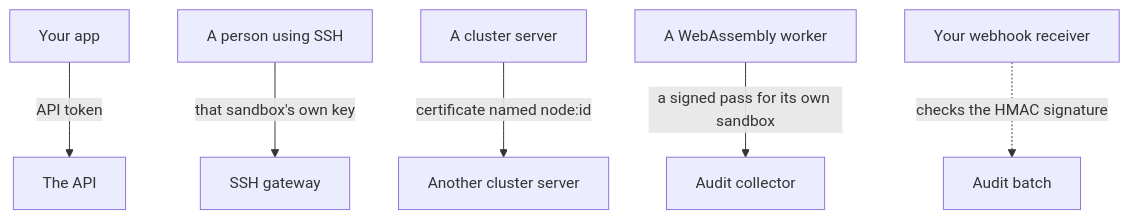
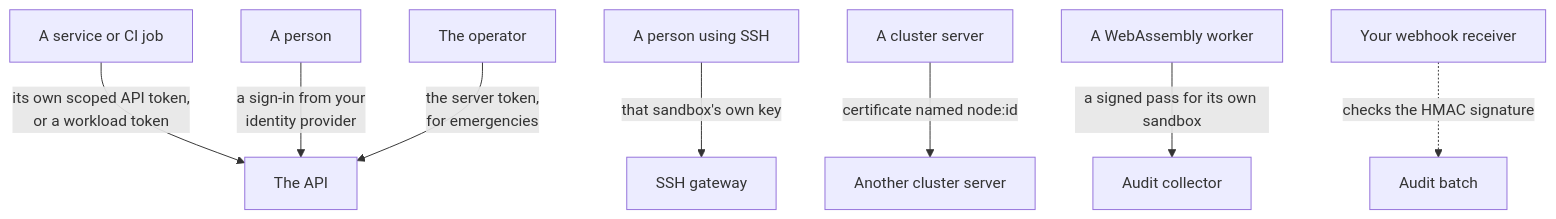
One commit to aerol-ai/microvm changed the fourth of 5 diagrams in docs/src/content/docs/enterprise/architecture.mdx. Above: the diagram before and after it, drawn with Mermaid. The commit also changed other lines of this file and 15 other files, not shown here.

````diff
--- a/docs/src/content/docs/enterprise/architecture.mdx
+++ b/docs/src/content/docs/enterprise/architecture.mdx
@@ -139,8 +145,10 @@
 ```mermaid
 flowchart TB
-    App["Your app"] -- "API token" --> API["The API"]
+    App["A service or CI job"] -- "its own scoped API token,<br/>or a workload token" --> API["The API"]
+    User["A person"] -- "a sign-in from your<br/>identity provider" --> API
+    Op["The operator"] -- "the server token,<br/>for emergencies" --> API
     Person["A person using SSH"] -- "that sandbox's own key" --> SSH["SSH gateway"]
     Server["A cluster server"] -- "certificate named node:id" --> Peer["Another cluster server"]
     Worker["A WebAssembly worker"] -- "a signed pass for its own sandbox" --> Audit["Audit collector"]
     Store["Your webhook receiver"] -. "checks the HMAC signature" .-> Batch["Audit batch"]
 ```
````
